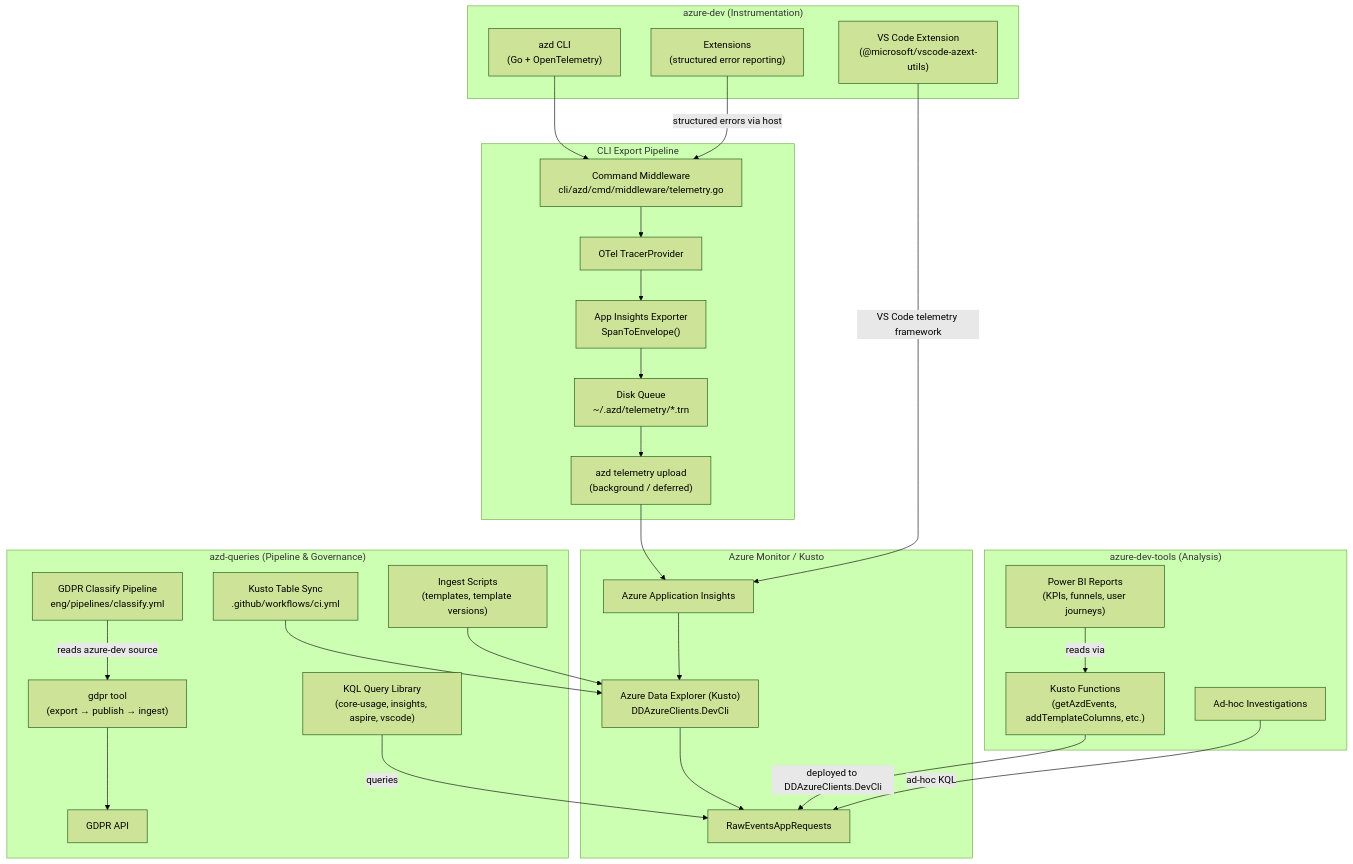
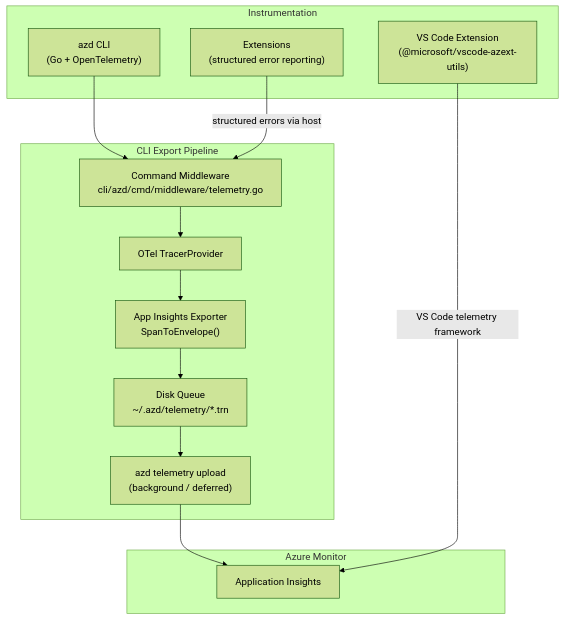
Before and after one commit to Azure/azure-dev: the first of 3 diagrams in docs/architecture/telemetry.md, drawn with Mermaid (forest theme). The commit also changed other lines of this file and 6 other files, not shown here.

````diff
--- a/docs/architecture/telemetry.md
+++ b/docs/architecture/telemetry.md
@@ -19,51 +17,24 @@
 ```mermaid
 flowchart TB
-    subgraph Instrumentation ["azure-dev (Instrumentation)"]
+    subgraph Instrumentation ["Instrumentation"]
         CLI["azd CLI<br/>(Go + OpenTelemetry)"]
         VSC["VS Code Extension<br/>(@microsoft/vscode-azext-utils)"]
         EXT["Extensions<br/>(structured error reporting)"]
     end
 
     subgraph Export ["CLI Export Pipeline"]
         MW["Command Middleware<br/>cli/azd/cmd/middleware/telemetry.go"]
         OTel["OTel TracerProvider"]
         AIExp["App Insights Exporter<br/>SpanToEnvelope()"]
         DiskQ["Disk Queue<br/>~/.azd/telemetry/*.trn"]
         Upload["azd telemetry upload<br/>(background / deferred)"]
     end
 
-    subgraph Ingestion ["Azure Monitor / Kusto"]
-        AppInsights["Azure Application Insights"]
-        Kusto["Azure Data Explorer (Kusto)<br/>DDAzureClients.DevCli"]
-        RawTable["RawEventsAppRequests"]
-    end
-
-    subgraph Pipeline ["azd-queries (Pipeline & Governance)"]
-        GDPR["GDPR Classify Pipeline<br/>eng/pipelines/classify.yml"]
-        GDPRTool["gdpr tool<br/>(export → publish → ingest)"]
-        GDPRAPI["GDPR API"]
-        TableSync["Kusto Table Sync<br/>.github/workflows/ci.yml"]
-        IngestScripts["Ingest Scripts<br/>(templates, template versions)"]
-        KQLLib["KQL Query Library<br/>(core-usage, insights, aspire, vscode)"]
-    end
-
-    subgraph Analysis ["azure-dev-tools (Analysis)"]
-        KustoFn["Kusto Functions<br/>(getAzdEvents, addTemplateColumns, etc.)"]
-        PBI["Power BI Reports<br/>(KPIs, funnels, user journeys)"]
-        Investigations["Ad-hoc Investigations"]
+    subgraph Ingestion ["Azure Monitor"]
+        AppInsights["Application Insights"]
     end
 
     CLI --> MW --> OTel --> AIExp --> DiskQ --> Upload --> AppInsights
     VSC -->|VS Code telemetry framework| AppInsights
     EXT -->|structured errors via host| MW
-    AppInsights --> Kusto --> RawTable
-
-    GDPR -->|reads azure-dev source| GDPRTool --> GDPRAPI
-    TableSync --> Kusto
-    IngestScripts --> Kusto
-    KQLLib -->|queries| RawTable
-
-    KustoFn -->|deployed to DDAzureClients.DevCli| RawTable
-    PBI -->|reads via| KustoFn
-    Investigations -->|ad-hoc KQL| RawTable
 ```
````
